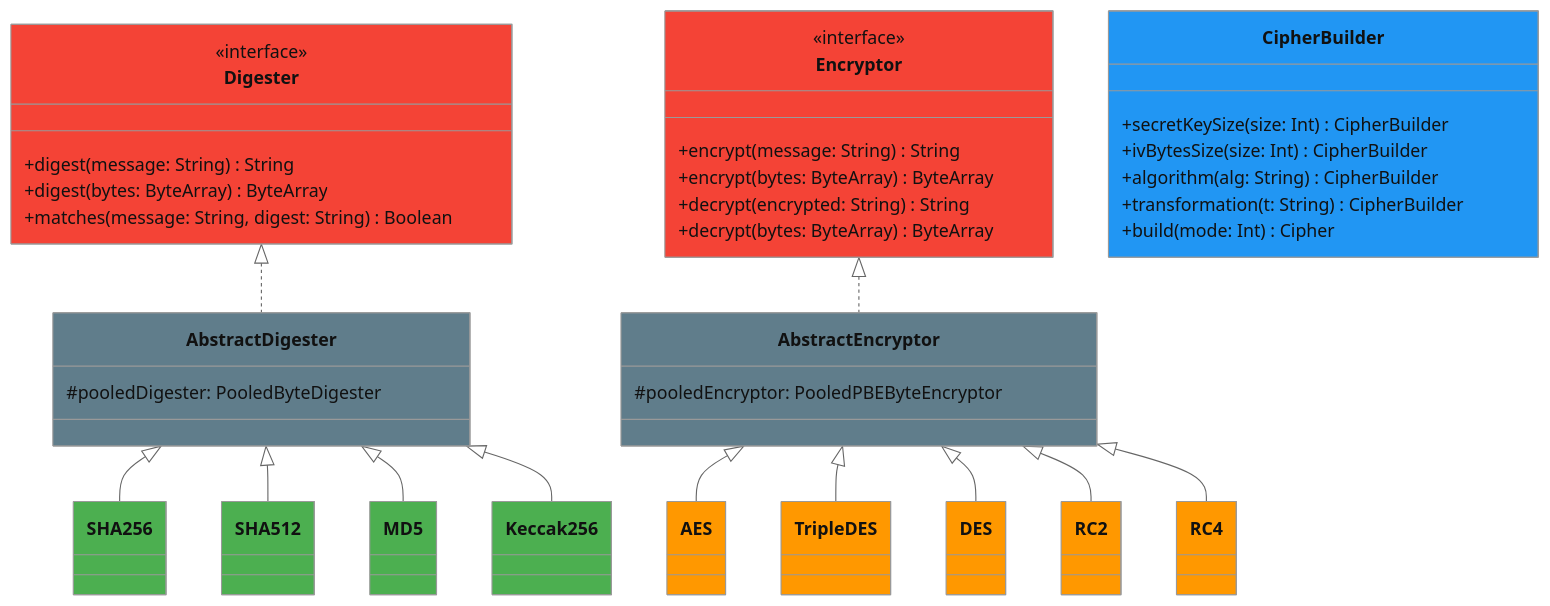
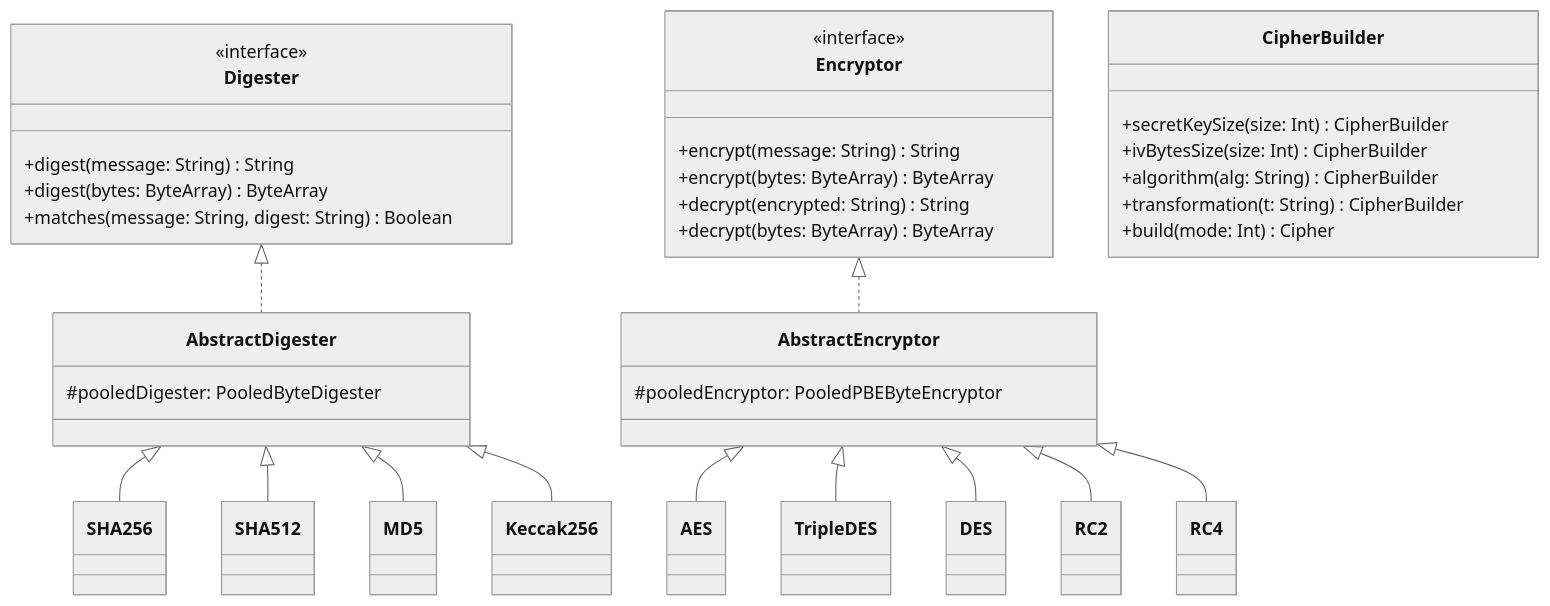
The first of 2 diagrams in io/crypto/README.md (bluetape4k/bluetape4k-projects), drawn with Mermaid (neutral theme) before and after one commit. The commit also changed 95 other files, not shown here.

First line of the commit message:
docs: Mermaid 파서 오류 전체 수정 (IntelliJ IDEA 호환)

````diff
--- a/io/crypto/README.md
+++ b/io/crypto/README.md
@@ -137,63 +137,49 @@
 ```mermaid
 classDiagram
-    class Digester:::encryptStyle {
+    class Digester {
         <<interface>>
         +digest(message: String) String
         +digest(bytes: ByteArray) ByteArray
         +matches(message: String, digest: String) Boolean
     }
 
-    class Encryptor:::encryptStyle {
+    class Encryptor {
         <<interface>>
         +encrypt(message: String) String
         +encrypt(bytes: ByteArray) ByteArray
         +decrypt(encrypted: String) String
         +decrypt(bytes: ByteArray) ByteArray
     }
 
-    class AbstractDigester:::ioStyle {
+    class AbstractDigester {
         #pooledDigester: PooledByteDigester
     }
 
-    class AbstractEncryptor:::ioStyle {
+    class AbstractEncryptor {
         #pooledEncryptor: PooledPBEByteEncryptor
     }
 
-    class SHA256:::extensionStyle
-    class SHA512:::extensionStyle
-    class MD5:::extensionStyle
-    class Keccak256:::extensionStyle
 
-    class AES:::serializerStyle
-    class TripleDES:::serializerStyle
-    class DES:::serializerStyle
-    class RC2:::serializerStyle
-    class RC4:::serializerStyle
 
-    class CipherBuilder:::codecStyle {
+    class CipherBuilder {
         +secretKeySize(size: Int) CipherBuilder
         +ivBytesSize(size: Int) CipherBuilder
         +algorithm(alg: String) CipherBuilder
         +transformation(t: String) CipherBuilder
         +build(mode: Int) Cipher
     }
 
     Digester <|.. AbstractDigester
     AbstractDigester <|-- SHA256
     AbstractDigester <|-- SHA512
     AbstractDigester <|-- MD5
     AbstractDigester <|-- Keccak256
 
     Encryptor <|.. AbstractEncryptor
     AbstractEncryptor <|-- AES
     AbstractEncryptor <|-- TripleDES
     AbstractEncryptor <|-- DES
     AbstractEncryptor <|-- RC2
     AbstractEncryptor <|-- RC4
 
-    classDef encryptStyle fill:#F44336
-    classDef ioStyle fill:#607D8B
-    classDef extensionStyle fill:#4CAF50
-    classDef serializerStyle fill:#FF9800
-    classDef codecStyle fill:#2196F3
 ```
````
